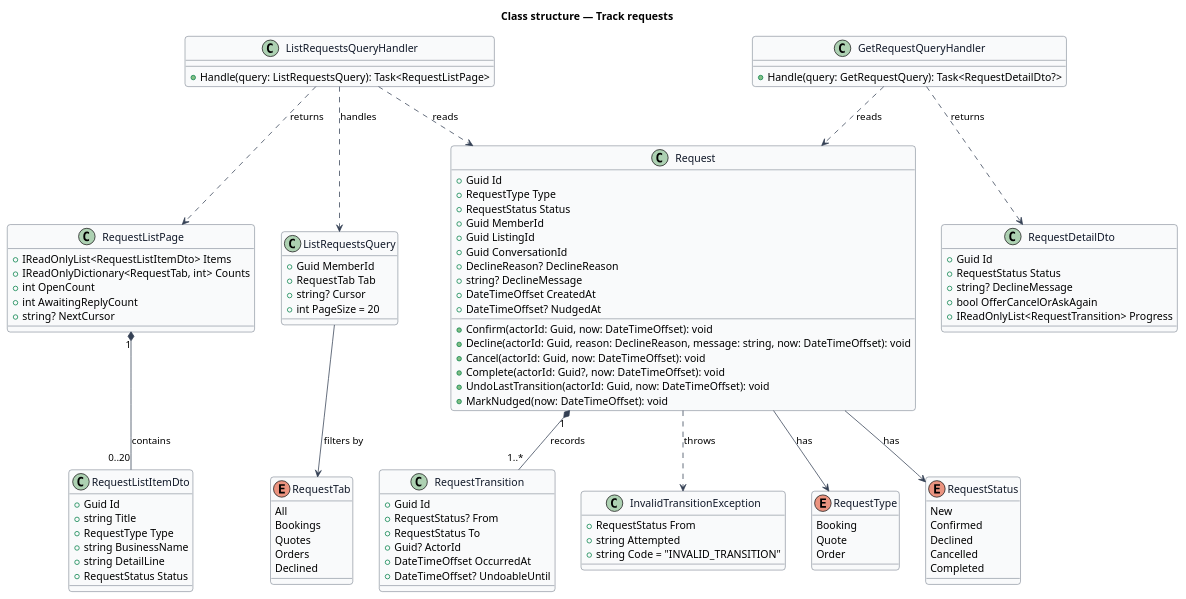
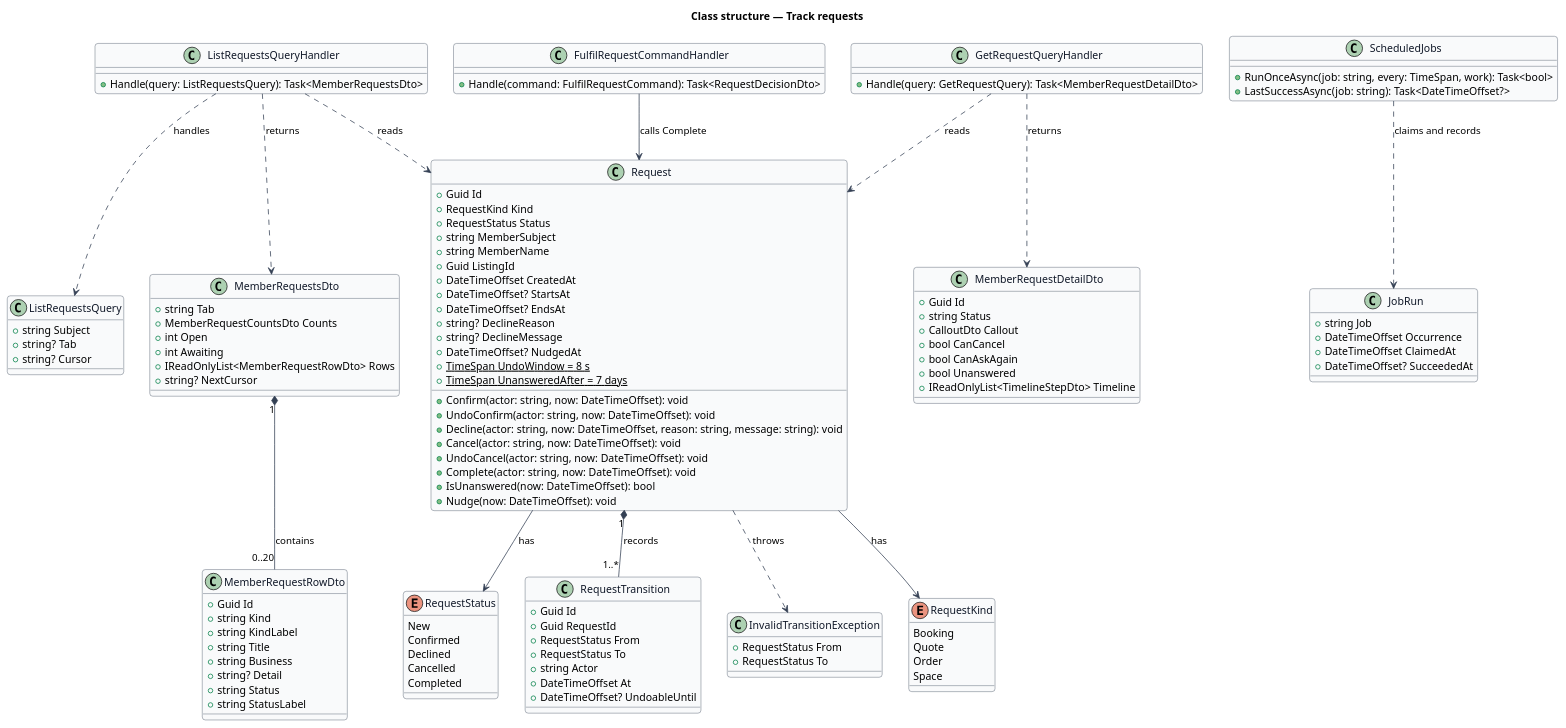
The diagram in docs/detailed-designs/requests/track-requests/diagrams/class-structure.puml (QuinntyneBrown/jubilee), drawn with PlantUML before and after one commit. The commit also changed 28 other files, not shown here.

Commit message:
Journey 14: specify L2-225 Mark an order fulfilled and L2-070 AC6, ADR 0060, and bring the track, cancel and incoming designs in line with the code

```diff
--- a/docs/detailed-designs/requests/track-requests/diagrams/class-structure.puml
+++ b/docs/detailed-designs/requests/track-requests/diagrams/class-structure.puml
@@ -1,124 +1,145 @@
 @startuml
 ' --- shared skin header ---
 skinparam backgroundColor #FFFFFF
 skinparam shadowing false
 skinparam roundcorner 8
 skinparam defaultFontName Arial
 skinparam ArrowColor #344054
 skinparam class {
   BorderColor #344054
   FontColor #101828
   BackgroundColor #F9FAFB
 }
 ' --------------------------
 title Class structure — Track requests
 
-enum RequestType {
+enum RequestKind {
   Booking
   Quote
   Order
+  Space
 }
 
 enum RequestStatus {
   New
   Confirmed
   Declined
   Cancelled
   Completed
 }
 
 class Request {
   +Guid Id
-  +RequestType Type
+  +RequestKind Kind
   +RequestStatus Status
-  +Guid MemberId
+  +string MemberSubject
+  +string MemberName
   +Guid ListingId
-  +Guid ConversationId
-  +DeclineReason? DeclineReason
+  +DateTimeOffset CreatedAt
+  +DateTimeOffset? StartsAt
+  +DateTimeOffset? EndsAt
+  +string? DeclineReason
   +string? DeclineMessage
-  +DateTimeOffset CreatedAt
   +DateTimeOffset? NudgedAt
-  +Confirm(actorId: Guid, now: DateTimeOffset): void
-  +Decline(actorId: Guid, reason: DeclineReason, message: string, now: DateTimeOffset): void
-  +Cancel(actorId: Guid, now: DateTimeOffset): void
-  +Complete(actorId: Guid?, now: DateTimeOffset): void
-  +UndoLastTransition(actorId: Guid, now: DateTimeOffset): void
-  +MarkNudged(now: DateTimeOffset): void
+  +{static} TimeSpan UndoWindow = 8 s
+  +{static} TimeSpan UnansweredAfter = 7 days
+  +Confirm(actor: string, now: DateTimeOffset): void
+  +UndoConfirm(actor: string, now: DateTimeOffset): void
+  +Decline(actor: string, now: DateTimeOffset, reason: string, message: string): void
+  +Cancel(actor: string, now: DateTimeOffset): void
+  +UndoCancel(actor: string, now: DateTimeOffset): void
+  +Complete(actor: string, now: DateTimeOffset): void
+  +IsUnanswered(now: DateTimeOffset): bool
+  +Nudge(now: DateTimeOffset): void
 }
 
 class RequestTransition {
   +Guid Id
-  +RequestStatus? From
+  +Guid RequestId
+  +RequestStatus From
   +RequestStatus To
-  +Guid? ActorId
-  +DateTimeOffset OccurredAt
+  +string Actor
+  +DateTimeOffset At
   +DateTimeOffset? UndoableUntil
 }
 
 Request "1" *-- "1..*" RequestTransition : records
-Request --> RequestType : has
+Request --> RequestKind : has
 Request --> RequestStatus : has
 
 class InvalidTransitionException {
   +RequestStatus From
-  +string Attempted
-  +string Code = "INVALID_TRANSITION"
+  +RequestStatus To
 }
 
 class ListRequestsQuery {
-  +Guid MemberId
-  +RequestTab Tab
+  +string Subject
+  +string? Tab
   +string? Cursor
-  +int PageSize = 20
 }
 
-enum RequestTab {
-  All
-  Bookings
-  Quotes
-  Orders
-  Declined
+
+class ListRequestsQueryHandler {
+  +Handle(query: ListRequestsQuery): Task<MemberRequestsDto>
 }
 
-class ListRequestsQueryHandler {
-  +Handle(query: ListRequestsQuery): Task<RequestListPage>
-}
-
-class RequestListPage {
-  +IReadOnlyList<RequestListItemDto> Items
-  +IReadOnlyDictionary<RequestTab, int> Counts
-  +int OpenCount
-  +int AwaitingReplyCount
+class MemberRequestsDto {
+  +string Tab
+  +MemberRequestCountsDto Counts
+  +int Open
+  +int Awaiting
+  +IReadOnlyList<MemberRequestRowDto> Rows
   +string? NextCursor
 }
 
-class RequestListItemDto {
+class MemberRequestRowDto {
   +Guid Id
+  +string Kind
+  +string KindLabel
   +string Title
-  +RequestType Type
-  +string BusinessName
-  +string DetailLine
-  +RequestStatus Status
+  +string Business
+  +string? Detail
+  +string Status
+  +string StatusLabel
 }
 
 class GetRequestQueryHandler {
-  +Handle(query: GetRequestQuery): Task<RequestDetailDto?>
+  +Handle(query: GetRequestQuery): Task<MemberRequestDetailDto>
 }
 
-class RequestDetailDto {
+class MemberRequestDetailDto {
   +Guid Id
-  +RequestStatus Status
-  +string? DeclineMessage
-  +bool OfferCancelOrAskAgain
-  +IReadOnlyList<RequestTransition> Progress
+  +string Status
+  +CalloutDto Callout
+  +bool CanCancel
+  +bool CanAskAgain
+  +bool Unanswered
+  +IReadOnlyList<TimelineStepDto> Timeline
+}
+
+class FulfilRequestCommandHandler {
+  +Handle(command: FulfilRequestCommand): Task<RequestDecisionDto>
+}
+
+class ScheduledJobs {
+  +RunOnceAsync(job: string, every: TimeSpan, work): Task<bool>
+  +LastSuccessAsync(job: string): Task<DateTimeOffset?>
+}
+
+class JobRun {
+  +string Job
+  +DateTimeOffset Occurrence
+  +DateTimeOffset ClaimedAt
+  +DateTimeOffset? SucceededAt
 }
 
 Request ..> InvalidTransitionException : throws
 ListRequestsQueryHandler ..> ListRequestsQuery : handles
-ListRequestsQuery --> RequestTab : filters by
-ListRequestsQueryHandler ..> RequestListPage : returns
-RequestListPage "1" *-- "0..20" RequestListItemDto : contains
+ListRequestsQueryHandler ..> MemberRequestsDto : returns
+MemberRequestsDto "1" *-- "0..20" MemberRequestRowDto : contains
 ListRequestsQueryHandler ..> Request : reads
 GetRequestQueryHandler ..> Request : reads
-GetRequestQueryHandler ..> RequestDetailDto : returns
+GetRequestQueryHandler ..> MemberRequestDetailDto : returns
+FulfilRequestCommandHandler --> Request : calls Complete
+ScheduledJobs ..> JobRun : claims and records
 @enduml
```
